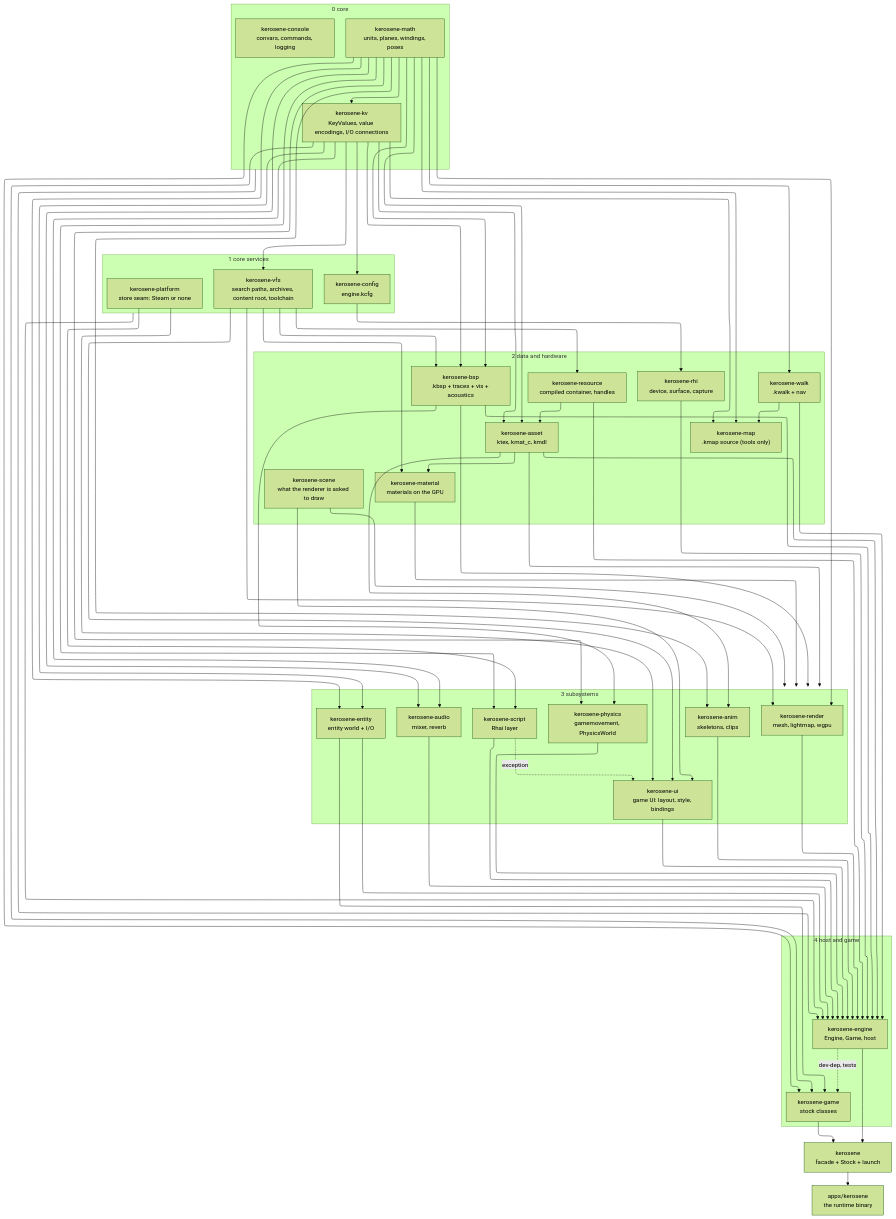
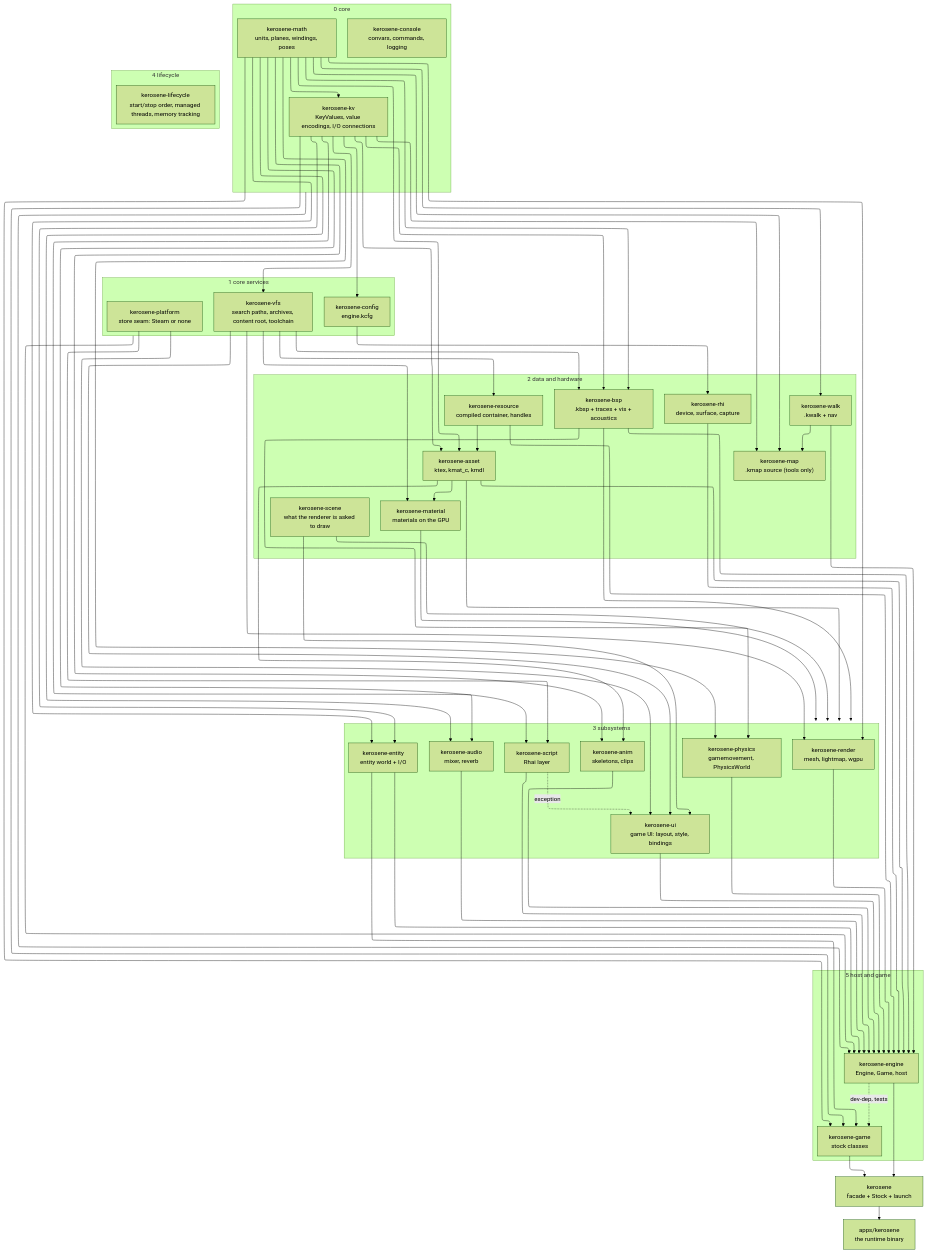
The first of 3 diagrams in src/devnotes/crate-map.md (T342guy/Kerosene), drawn with Mermaid (forest theme) before and after one commit. The commit also changed other lines of this file and 30 other files, not shown here.

Commit message:
make multithreading and memory tracking

```diff
--- a/src/devnotes/crate-map.md
+++ b/src/devnotes/crate-map.md
@@ -62,7 +64,10 @@
         script["kerosene-script<br/>Rhai layer"]
         ui["kerosene-ui<br/>game UI: layout, style, bindings"]
     end
-    subgraph L4["4 host and game"]
+    subgraph L4A["4 lifecycle"]
+        lifecycle["kerosene-lifecycle<br/>start/stop order, managed threads, memory tracking"]
+    end
+    subgraph L4["5 host and game"]
         engine["kerosene-engine<br/>Engine, Game, host"]
         game["kerosene-game<br/>stock classes"]
     end
```
